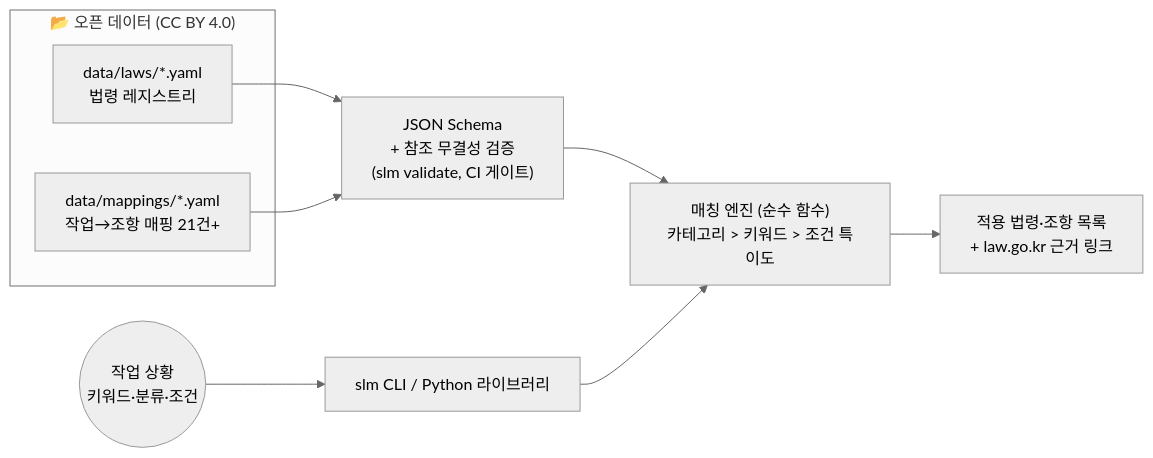
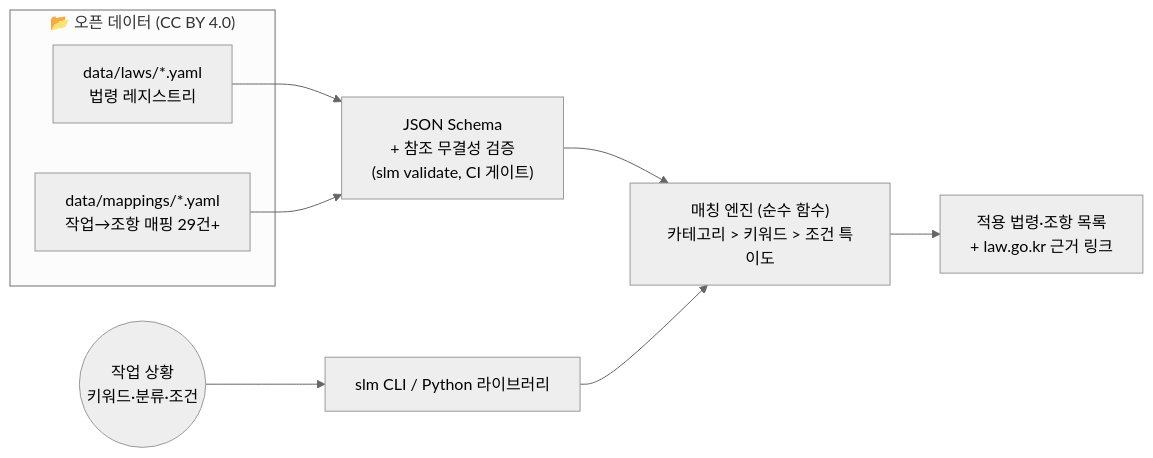
One commit to acceptha/safety-law-mapper changed the diagram in README.md. Above: the diagram before and after it, drawn with Mermaid (neutral theme). The commit also changed other lines of this file, not shown here.

Commit message:
docs: refresh README data counts for 0.2.0

````diff
--- a/README.md
+++ b/README.md
@@ -33,17 +33,17 @@
 ```mermaid
 flowchart LR
     subgraph data["📂 오픈 데이터 (CC BY 4.0)"]
         laws["data/laws/*.yaml<br/>법령 레지스트리"]
-        maps["data/mappings/*.yaml<br/>작업→조항 매핑 21건+"]
+        maps["data/mappings/*.yaml<br/>작업→조항 매핑 29건+"]
     end
     schema["JSON Schema<br/>+ 참조 무결성 검증<br/>(slm validate, CI 게이트)"]
     matcher["매칭 엔진 (순수 함수)<br/>카테고리 > 키워드 > 조건 특이도"]
     cli["slm CLI / Python 라이브러리"]
     user(("작업 상황<br/>키워드·분류·조건"))
 
     laws --> schema
     maps --> schema
     schema --> matcher
     user --> cli --> matcher
     matcher --> out["적용 법령·조항 목록<br/>+ law.go.kr 근거 링크"]
 ```
````
